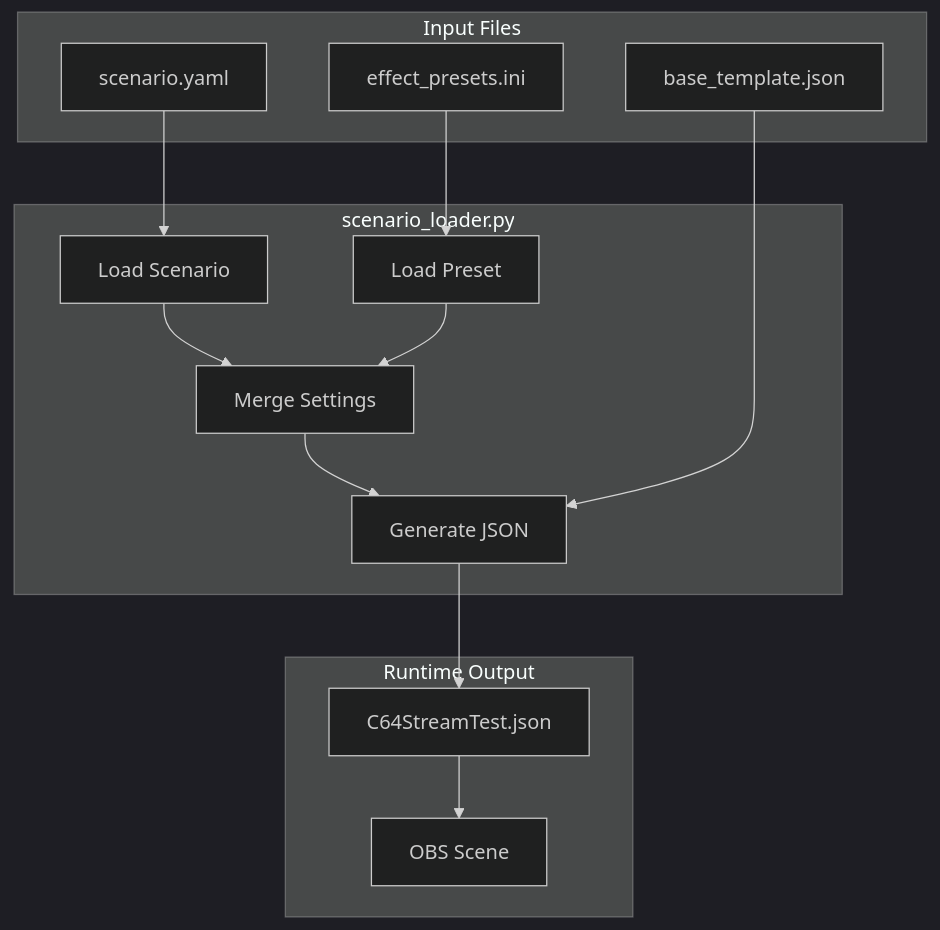
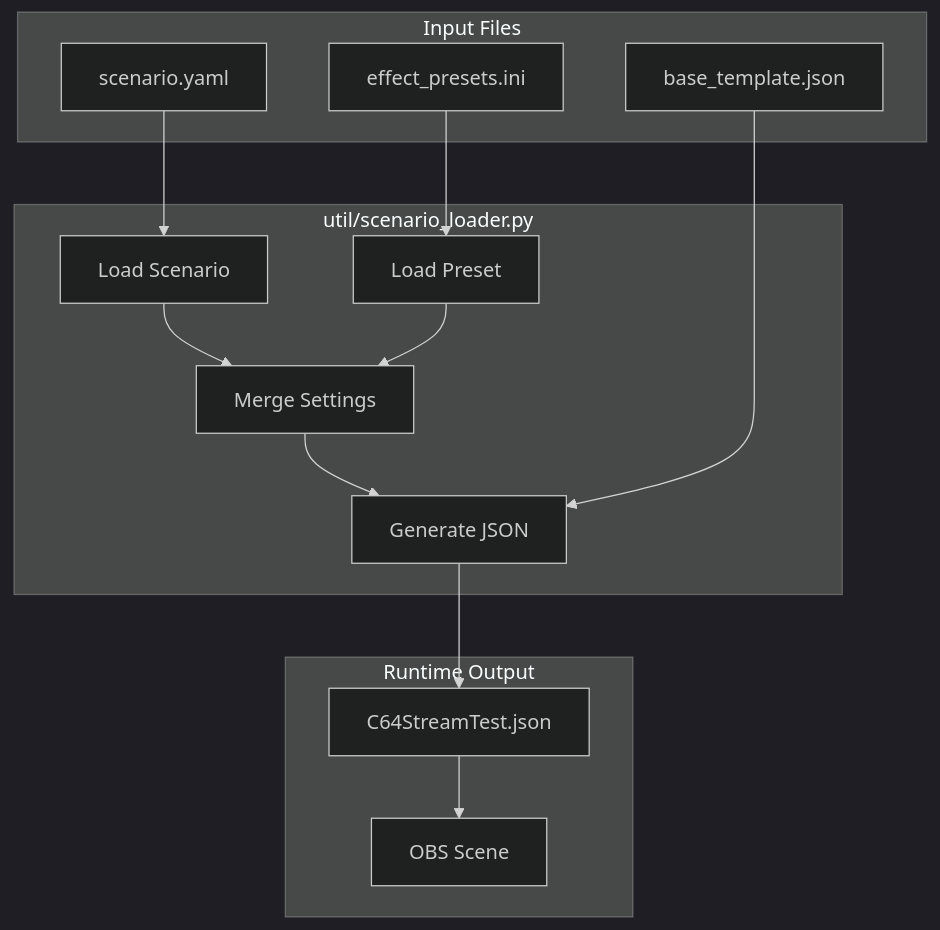
One commit to chrisgleissner/c64stream changed the third of 5 diagrams in doc/testing/e2e.md. Above: the diagram before and after it, drawn with Mermaid (dark theme). The commit also changed other lines of this file and 33 other files, not shown here.

````diff
--- a/doc/testing/e2e.md
+++ b/doc/testing/e2e.md
@@ -189,29 +189,29 @@
 ```mermaid
 flowchart TB
     subgraph inputs["Input Files"]
         A[scenario.yaml]
         B[effect_presets.ini]
         C[base_template.json]
     end
 
-    subgraph loader["scenario_loader.py"]
+    subgraph loader["util/scenario_loader.py"]
         D[Load Scenario]
         E[Load Preset]
         F[Merge Settings]
         G[Generate JSON]
     end
 
     subgraph output["Runtime Output"]
         H[C64StreamTest.json]
         I[OBS Scene]
     end
 
     A --> D
     D --> F
     B --> E
     E --> F
     F --> G
     C --> G
     G --> H
     H --> I
 ```
````
